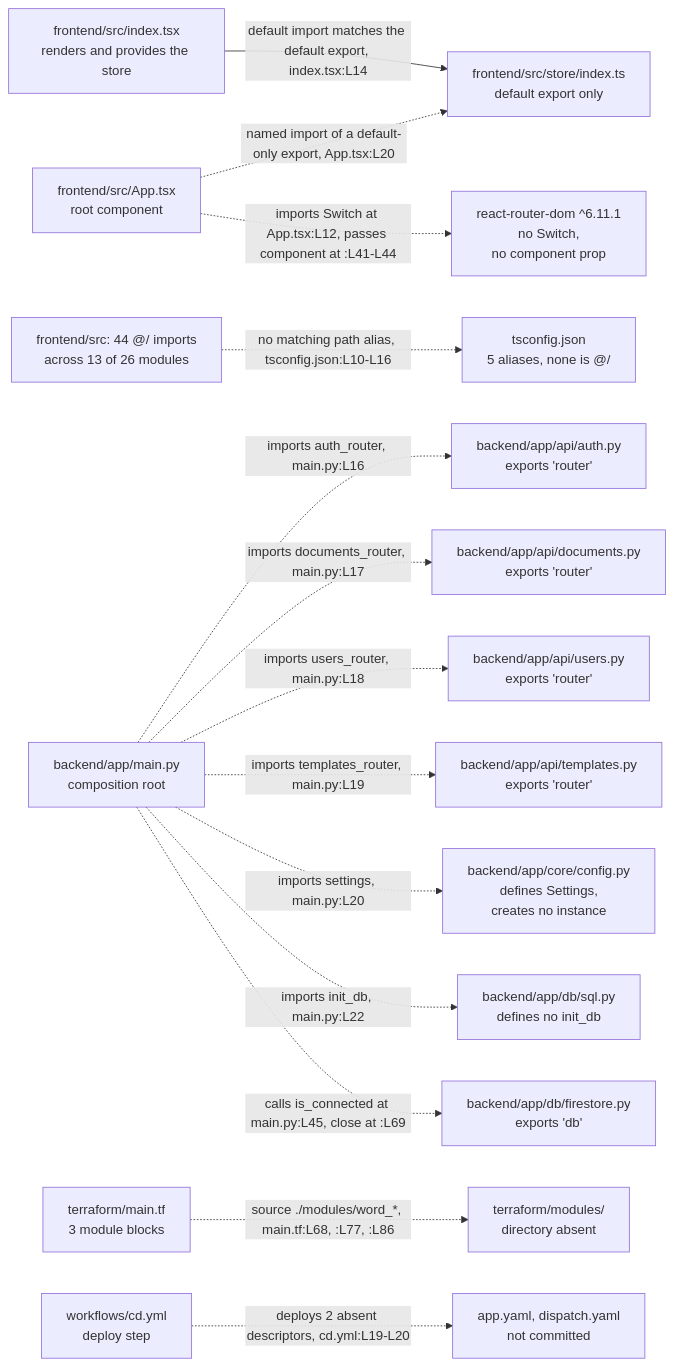
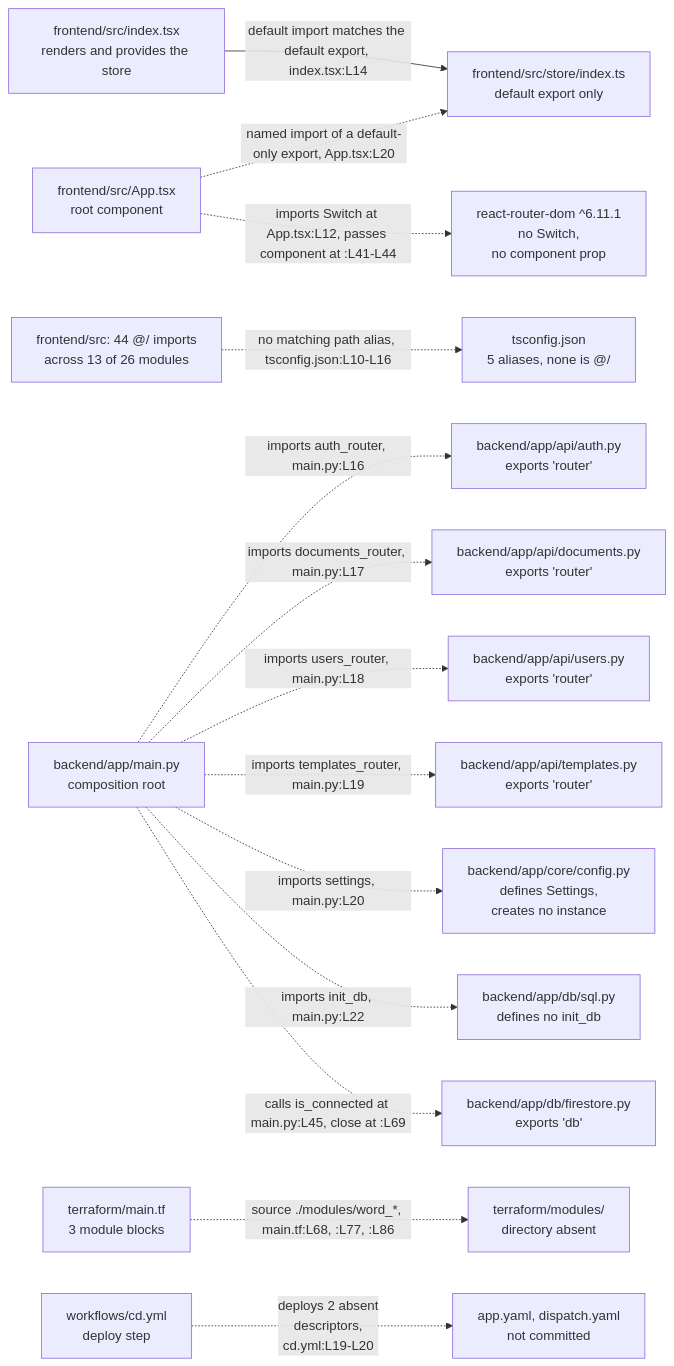
One commit to blitzy-public-samples/microsoft-word-u33ko0 changed the second of 2 diagrams in docs/architecture-overview.md. Above: the diagram before and after it, drawn with Mermaid. The commit also changed other lines of this file and 25 other files, not shown here.

````diff
--- a/docs/architecture-overview.md
+++ b/docs/architecture-overview.md
@@ -245,45 +245,45 @@
 ```mermaid
 graph LR
     accTitle: The broken-edge overlay, every unresolvable link dashed and labelled
     accDescr: The same skeleton redrawn so that each link which cannot resolve is dashed and labelled. Seven dashed edges leave the composition root. One solid edge marks the single import form that matches its target.
     INDEX["frontend/src/index.tsx<br/>renders and provides the store"]
     APP["frontend/src/App.tsx<br/>root component"]
     STORE2["frontend/src/store/index.ts<br/>default export only"]
     ALIAS["frontend/src: 44 @/ imports<br/>across 13 of 26 modules"]
 
     MAIN2["backend/app/main.py<br/>composition root"]
     AUTHR["backend/app/api/auth.py<br/>exports 'router'"]
     DOCR["backend/app/api/documents.py<br/>exports 'router'"]
     USERR["backend/app/api/users.py<br/>exports 'router'"]
     TMPLR["backend/app/api/templates.py<br/>exports 'router'"]
     CFG["backend/app/core/config.py<br/>defines Settings,<br/>creates no instance"]
     SQLA["backend/app/db/sql.py<br/>defines no init_db"]
     FSA["backend/app/db/firestore.py<br/>exports 'db'"]
 
     TSC["tsconfig.json<br/>5 aliases, none is @/"]
     RRD["react-router-dom ^6.11.1<br/>no Switch,<br/>no component prop"]
     TERRA["terraform/main.tf<br/>3 module blocks"]
     TFMOD["terraform/modules/<br/>directory absent"]
     CD["workflows/cd.yml<br/>deploy step"]
     DESC["app.yaml, dispatch.yaml<br/>not committed"]
 
     INDEX -->|"default import matches the default export, index.tsx:L14"| STORE2
 
     MAIN2 -.->|"imports auth_router, main.py:L16"| AUTHR
     MAIN2 -.->|"imports documents_router, main.py:L17"| DOCR
     MAIN2 -.->|"imports users_router, main.py:L18"| USERR
     MAIN2 -.->|"imports templates_router, main.py:L19"| TMPLR
     MAIN2 -.->|"imports settings, main.py:L20"| CFG
     MAIN2 -.->|"imports init_db, main.py:L22"| SQLA
     MAIN2 -.->|"calls is_connected at main.py:L45, close at :L69"| FSA
     APP -.->|"named import of a default-only export, App.tsx:L20"| STORE2
     APP -.->|"imports Switch at App.tsx:L12, passes component at :L41-L44"| RRD
     ALIAS -.->|"no matching path alias, tsconfig.json:L10-L16"| TSC
     TERRA -.->|"source ./modules/word_*, main.tf:L68, :L77, :L86"| TFMOD
-    CD -.->|"deploys 2 absent descriptors, cd.yml:L19-L20"| DESC
+    CD -.->|"deploys 2 absent<br/>descriptors,<br/>cd.yml:L19-L20"| DESC
 
 %% Dashed edges cannot resolve. The solid edge marks the one import form that matches
 %% its target, and contrasts with the dashed edge reaching that same target from App.tsx.
 %% Each node label carries its own directory, so the frontend and backend halves stay legible
 %% without a cluster box around them.
 ```
````
